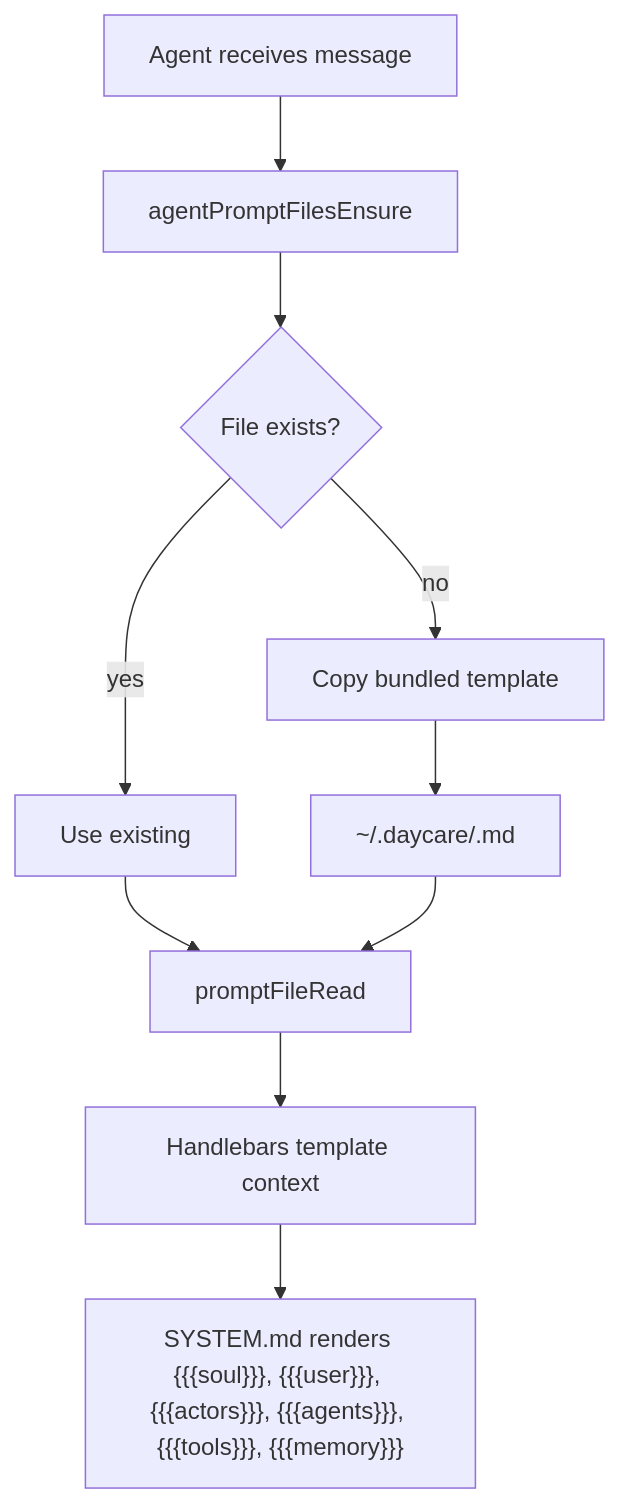
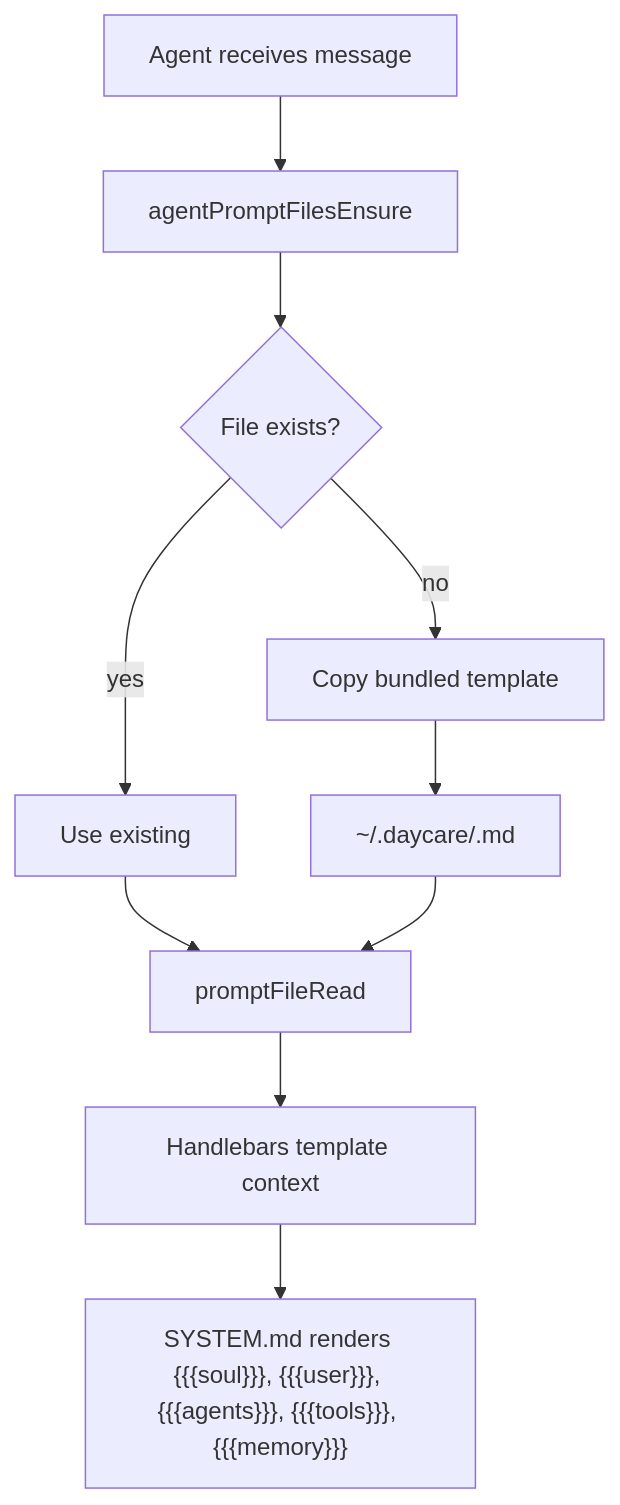
One commit to ex3ndr-bot/daycare changed the diagram in doc/internals/prompt-files.md. Above: the diagram before and after it, drawn with Mermaid. The commit also changed other lines of this file and 12 other files, not shown here.

Commit message:
docs(daycare): document app sandbox architecture and workflows

````diff
--- a/doc/internals/prompt-files.md
+++ b/doc/internals/prompt-files.md
@@ -20,12 +19,12 @@
 ```mermaid
 flowchart TD
   Start[Agent receives message] --> Ensure[agentPromptFilesEnsure]
   Ensure --> Check{File exists?}
   Check -->|yes| Skip[Use existing]
   Check -->|no| Copy[Copy bundled template]
   Copy --> Disk["~/.daycare/<FILE>.md"]
   Skip --> Read[promptFileRead]
   Disk --> Read
   Read --> Context[Handlebars template context]
-  Context --> Render["SYSTEM.md renders {{{soul}}}, {{{user}}}, {{{actors}}}, {{{agents}}}, {{{tools}}}, {{{memory}}}"]
+  Context --> Render["SYSTEM.md renders {{{soul}}}, {{{user}}}, {{{agents}}}, {{{tools}}}, {{{memory}}}"]
 ```
````
